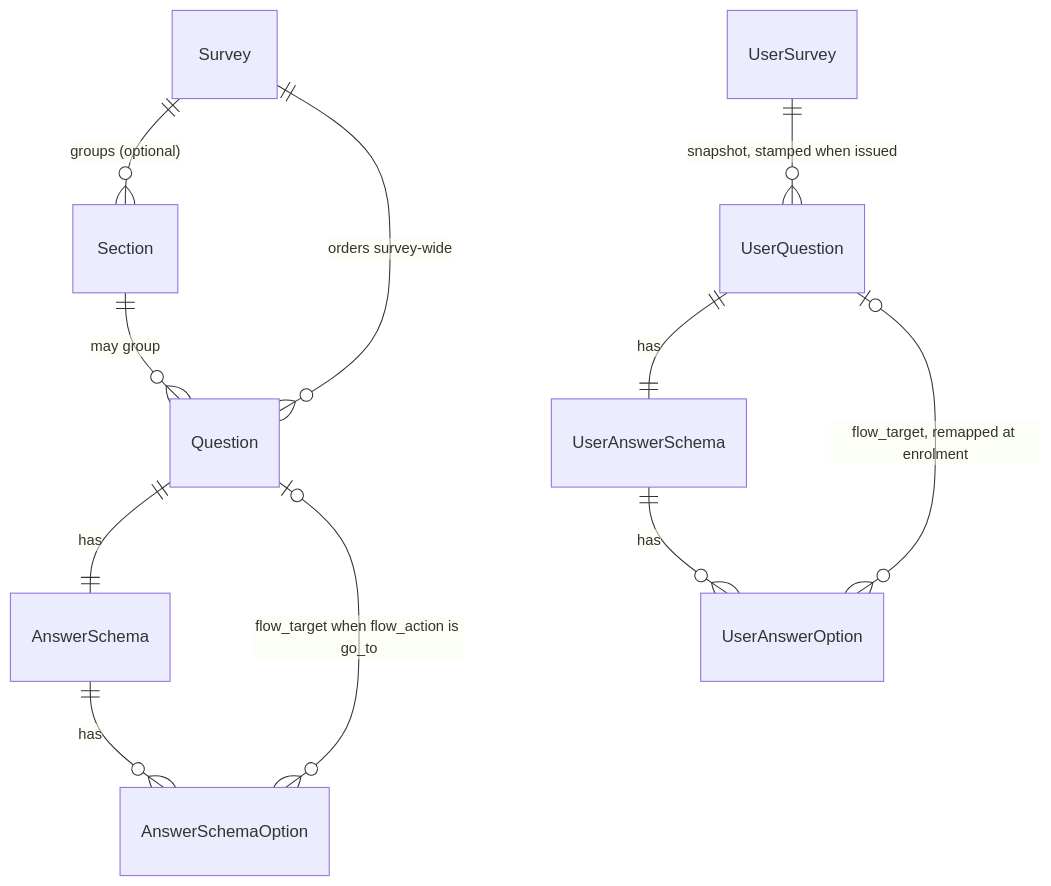
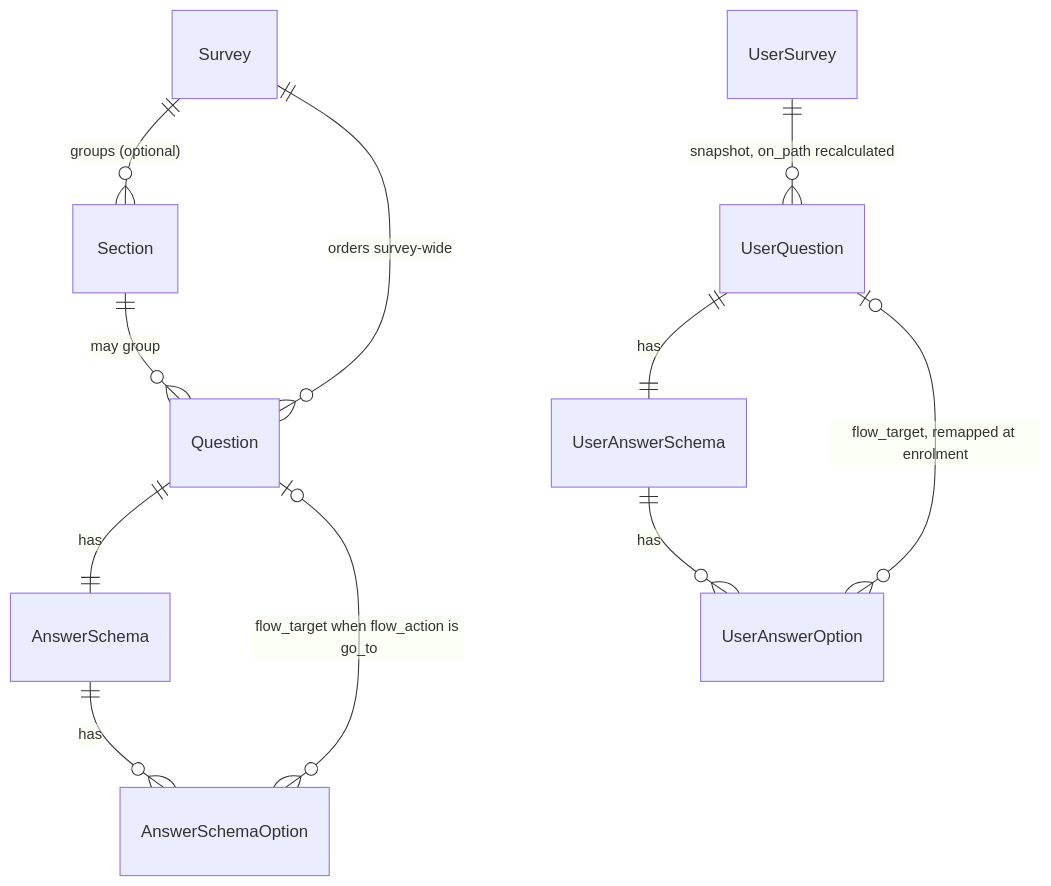
Before and after one commit to itqadem-apps/itq_forms: the second of 3 diagrams in ARCHITECTURE-SPINE.md, drawn with Mermaid. The commit also changed other lines of this file and 1 other file, not shown here.

````diff
--- a/ARCHITECTURE-SPINE.md
+++ b/ARCHITECTURE-SPINE.md
@@ -403,13 +475,13 @@
 ```mermaid
 erDiagram
   Survey ||--o{ Section : "groups (optional)"
   Survey ||--o{ Question : "orders survey-wide"
   Section ||--o{ Question : "may group"
   Question ||--|| AnswerSchema : has
   AnswerSchema ||--o{ AnswerSchemaOption : has
   AnswerSchemaOption }o--o| Question : "flow_target when flow_action is go_to"
-  UserSurvey ||--o{ UserQuestion : "snapshot, stamped when issued"
+  UserSurvey ||--o{ UserQuestion : "snapshot, on_path recalculated"
   UserQuestion ||--|| UserAnswerSchema : has
   UserAnswerSchema ||--o{ UserAnswerOption : has
   UserAnswerOption }o--o| UserQuestion : "flow_target, remapped at enrolment"
 ```
````
